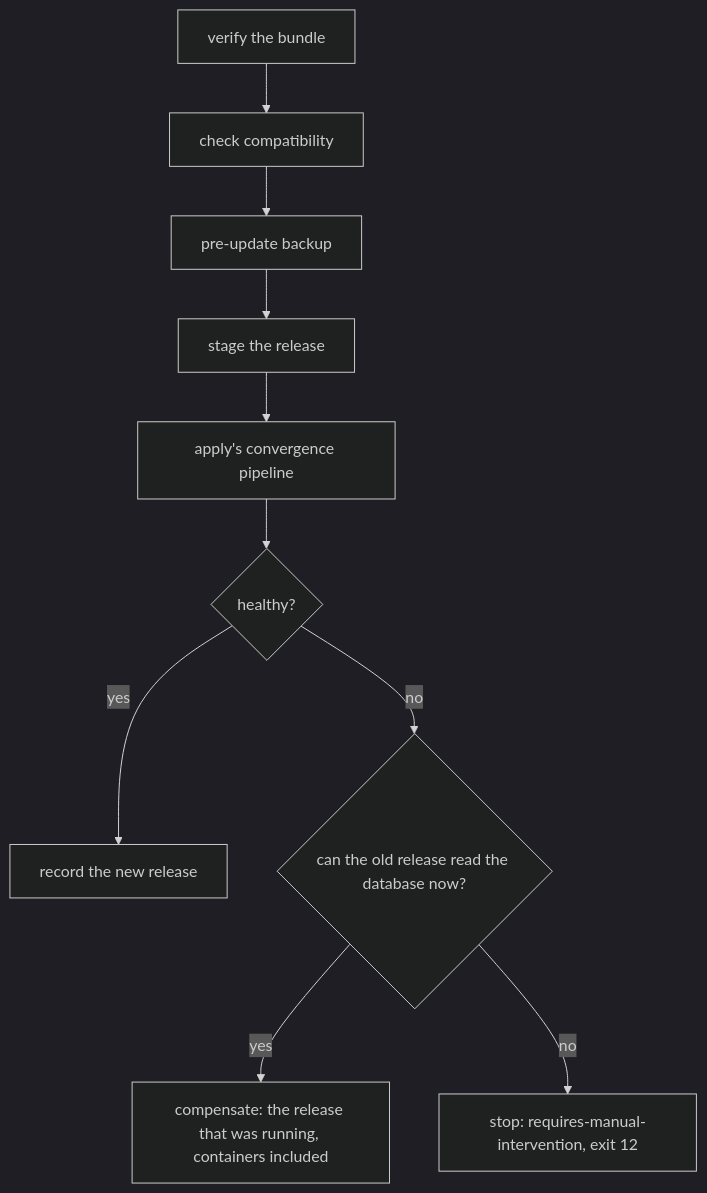
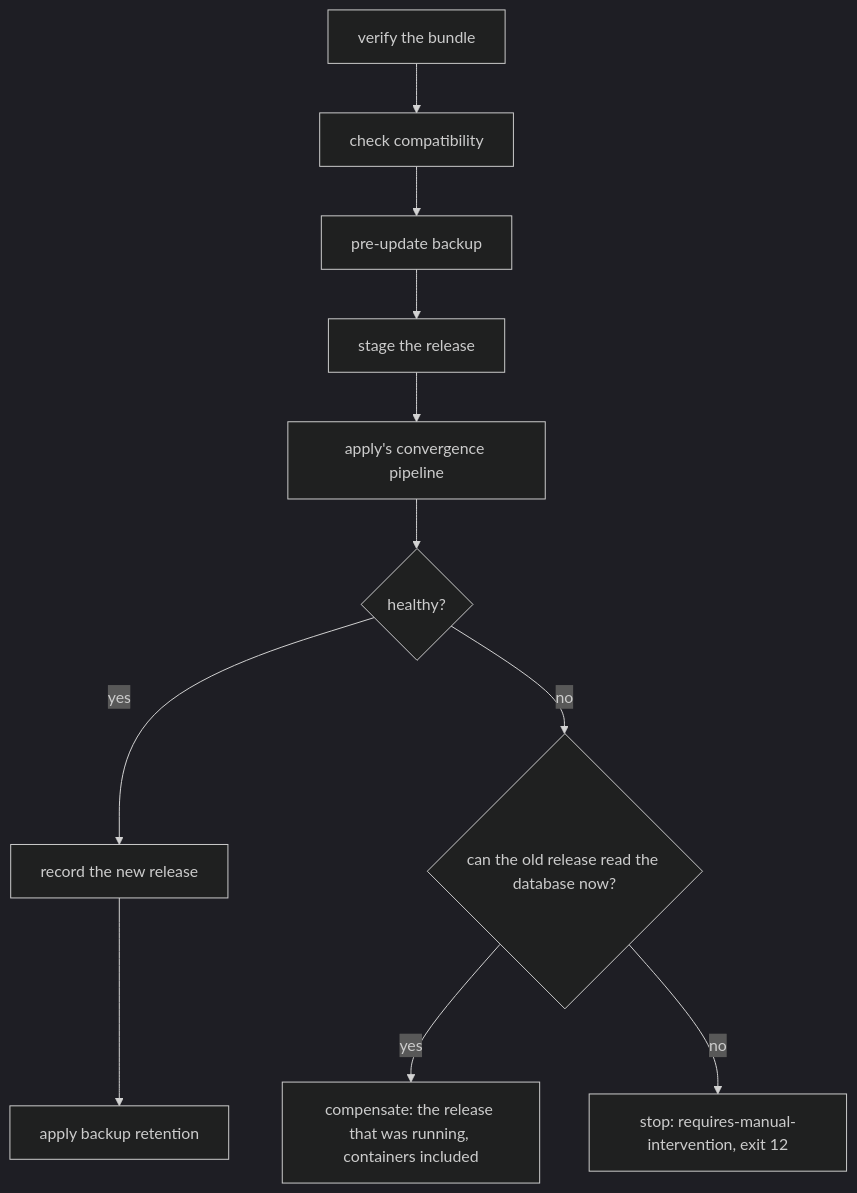
One commit to morzecrew/morzer changed the diagram in pages/docs/operating/updating.md. Above: the diagram before and after it, drawn with Mermaid (dark theme). The commit also changed 30 other files, not shown here.

````diff
--- a/pages/docs/operating/updating.md
+++ b/pages/docs/operating/updating.md
@@ -130,12 +130,13 @@
 ```mermaid
 flowchart TD
     A[verify the bundle] --> B[check compatibility]
     B --> C[pre-update backup]
     C --> D[stage the release]
     D --> E[apply's convergence pipeline]
     E --> F{healthy?}
     F -->|yes| G[record the new release]
+    G --> K[apply backup retention]
     F -->|no| I{can the old release read the database now?}
     I -->|yes| H[compensate: the release that was running, containers included]
     I -->|no| J[stop: requires-manual-intervention, exit 12]
 ```
````
